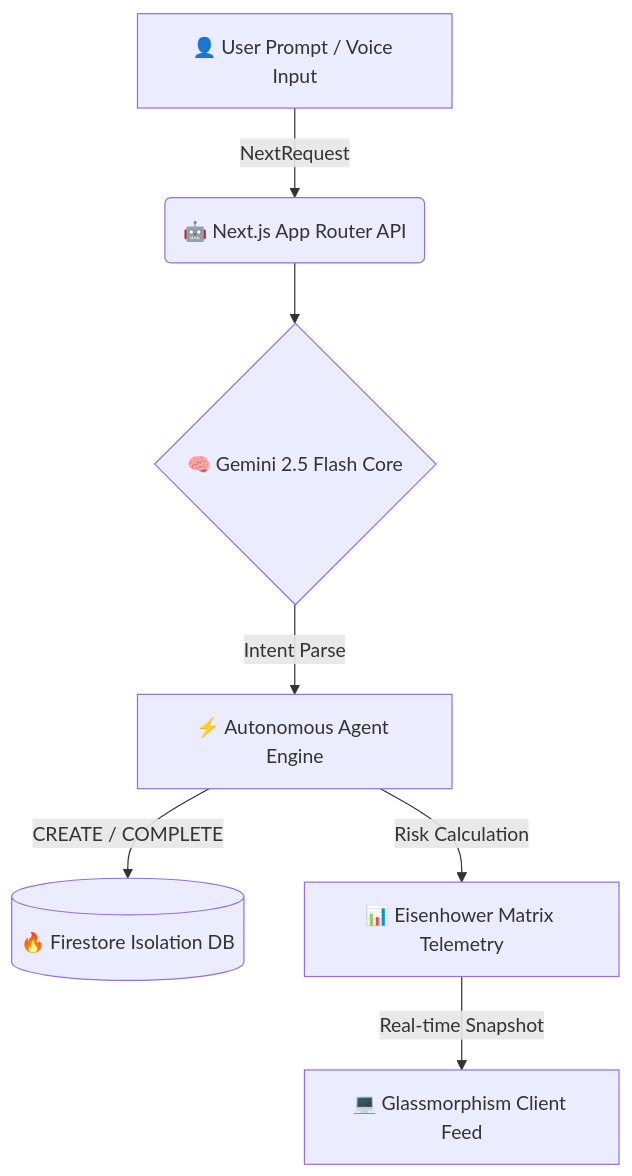
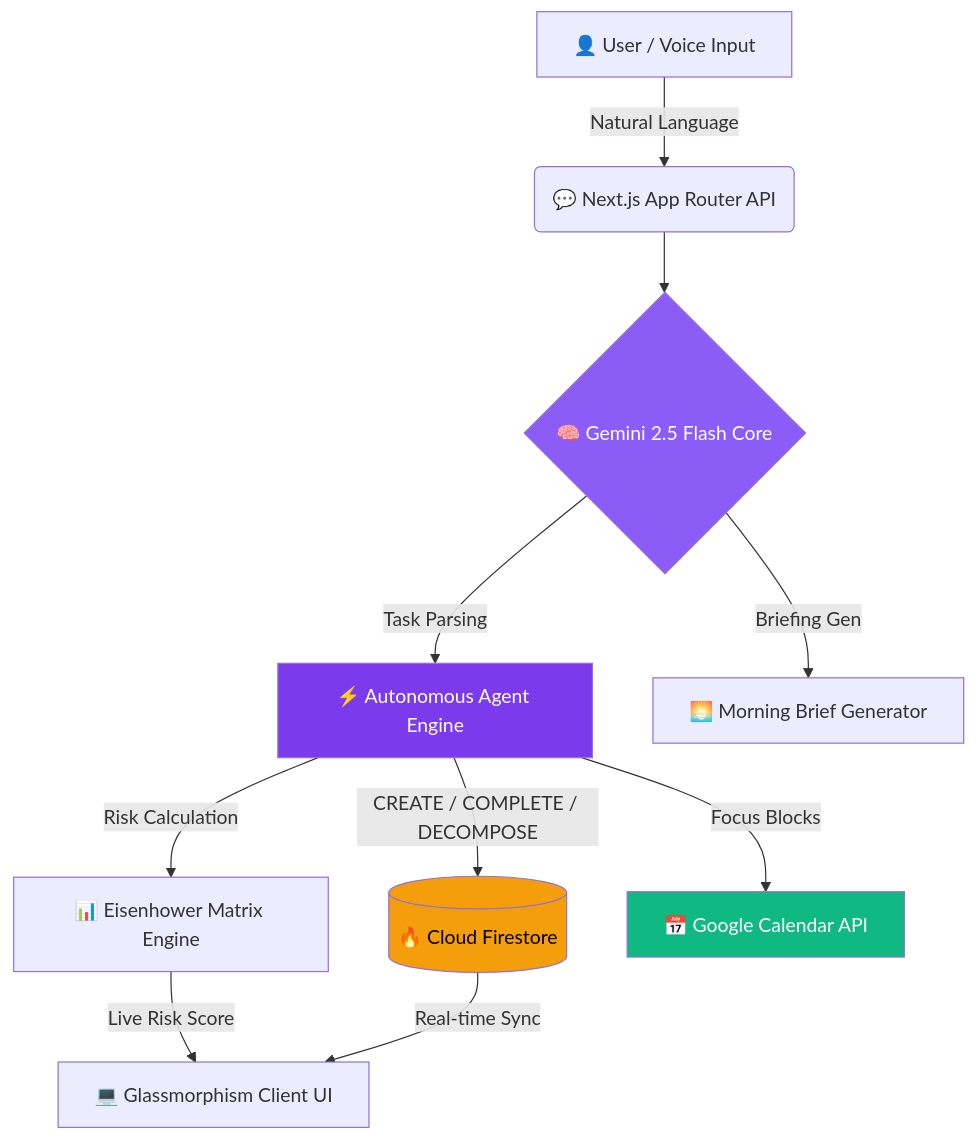
Before and after one commit to krish-singh-dev/DeadlineZero: the diagram in README.md, drawn with Mermaid. The commit also changed other lines of this file, not shown here.

Commit message:
docs: upgrade README with live deployment link, animations, architecture diagram and hackathon doc

````diff
--- a/README.md
+++ b/README.md
@@ -98,9 +92,16 @@
 ```mermaid
 graph TD
-    A[👤 User Prompt / Voice Input] -->|NextRequest| B(🤖 Next.js App Router API)
+    A[👤 User / Voice Input] -->|Natural Language| B(💬 Next.js App Router API)
     B --> C{🧠 Gemini 2.5 Flash Core}
-    C -->|Intent Parse| D[⚡ Autonomous Agent Engine]
-    D -->|CREATE / COMPLETE| E[(🔥 Firestore Isolation DB)]
-    D -->|Risk Calculation| F[📊 Eisenhower Matrix Telemetry]
-    F -->|Real-time Snapshot| G[💻 Glassmorphism Client Feed]
+    C -->|Task Parsing| D[⚡ Autonomous Agent Engine]
+    C -->|Briefing Gen| H[🌅 Morning Brief Generator]
+    D -->|CREATE / COMPLETE / DECOMPOSE| E[(🔥 Cloud Firestore)]
+    D -->|Risk Calculation| F[📊 Eisenhower Matrix Engine]
+    D -->|Focus Blocks| G[📅 Google Calendar API]
+    F -->|Live Risk Score| I[💻 Glassmorphism Client UI]
+    E -->|Real-time Sync| I
+    style C fill:#8B5CF6,color:#fff
+    style D fill:#7C3AED,color:#fff
+    style E fill:#F59E0B,color:#000
+    style G fill:#10B981,color:#fff
 ```
````
